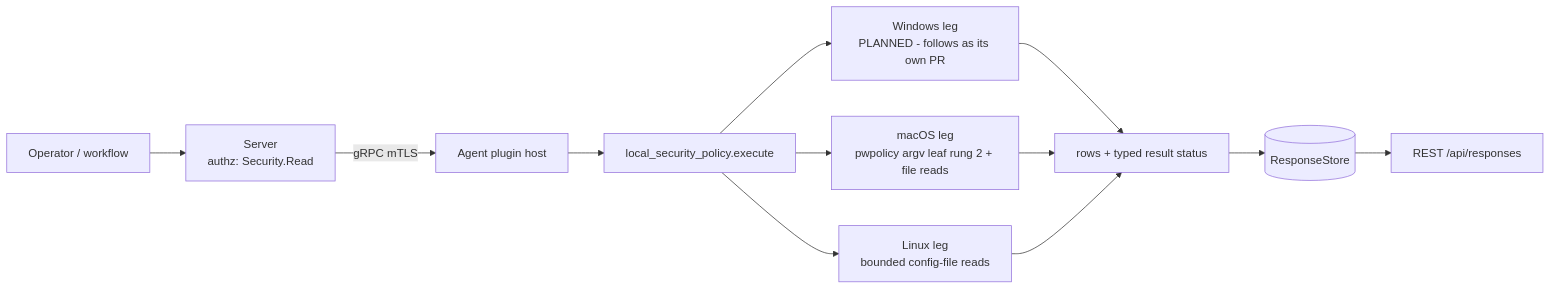
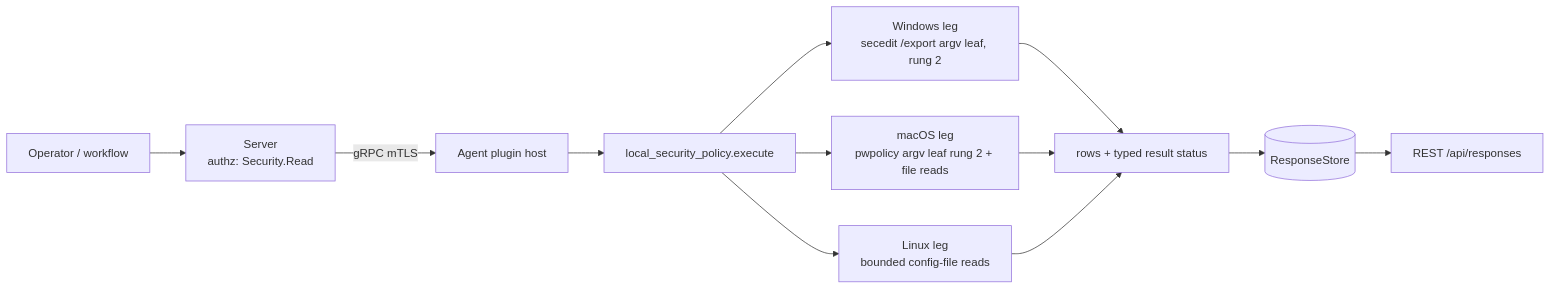
One commit to DevNullLtd/Yuzu changed the diagram in agents/plugins/local_security_policy/README.md. Above: the diagram before and after it, drawn with Mermaid. The commit also changed other lines of this file and 22 other files, not shown here.

Commit message:
local_security_policy: Windows secedit leg and sudoers action (WIP, pre-regeneration)

````diff
--- a/agents/plugins/local_security_policy/README.md
+++ b/agents/plugins/local_security_policy/README.md
@@ -27,9 +29,9 @@
 ```mermaid
 flowchart LR
   OP[Operator / workflow] --> SRV[Server<br/>authz: Security.Read]
   SRV -- gRPC mTLS --> HOST[Agent plugin host] --> EX[local_security_policy.execute]
-  EX --> WIN[Windows leg<br/>PLANNED - follows as its own PR]
+  EX --> WIN[Windows leg<br/>secedit /export argv leaf, rung 2]
   EX --> MAC[macOS leg<br/>pwpolicy argv leaf rung 2 + file reads]
   EX --> LIN[Linux leg<br/>bounded config-file reads]
   WIN & MAC & LIN --> ROWS[rows + typed result status] --> RS[(ResponseStore)] --> API[REST /api/responses]
 ```
````
